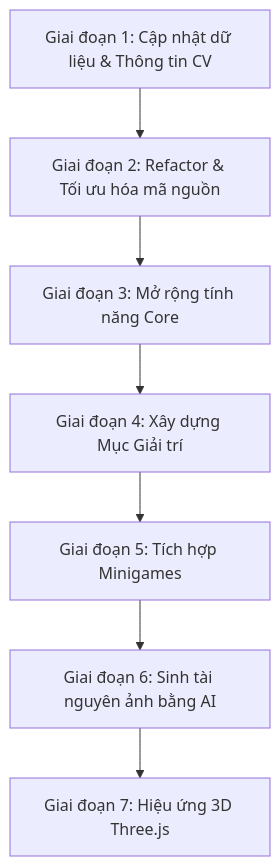
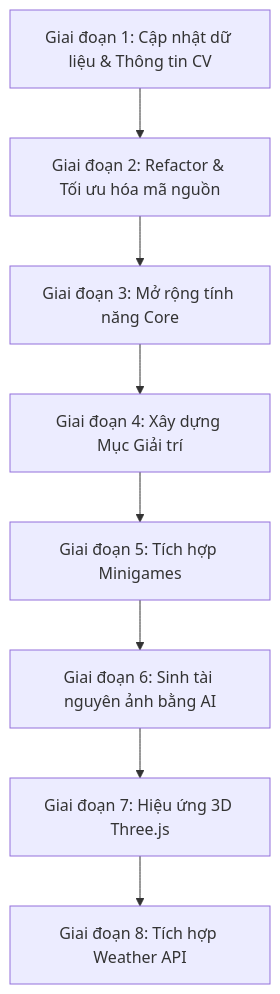
The diagram in plans/roadmap.md (bloodthirstyleo/profiles-source), drawn with Mermaid before and after one commit. The commit also changed other lines of this file and 1 other file, not shown here.

Commit message:
docs: add weather api integration plan and update roadmap

````diff
--- a/plans/roadmap.md
+++ b/plans/roadmap.md
@@ -11,9 +11,10 @@
 ```mermaid
 graph TD
     Phase1[Giai đoạn 1: Cập nhật dữ liệu & Thông tin CV] --> Phase2[Giai đoạn 2: Refactor & Tối ưu hóa mã nguồn]
     Phase2 --> Phase3[Giai đoạn 3: Mở rộng tính năng Core]
     Phase3 --> Phase4[Giai đoạn 4: Xây dựng Mục Giải trí]
     Phase4 --> Phase5[Giai đoạn 5: Tích hợp Minigames]
     Phase5 --> Phase6[Giai đoạn 6: Sinh tài nguyên ảnh bằng AI]
     Phase6 --> Phase7[Giai đoạn 7: Hiệu ứng 3D Three.js]
+    Phase7 --> Phase8[Giai đoạn 8: Tích hợp Weather API]
 ```
````
